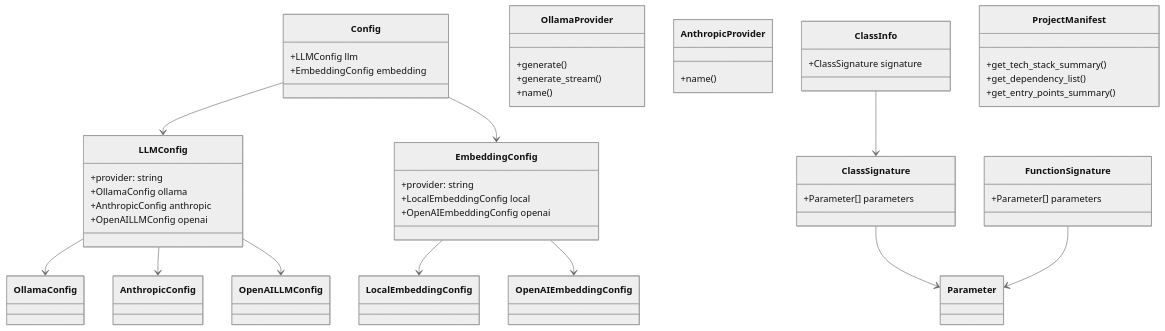
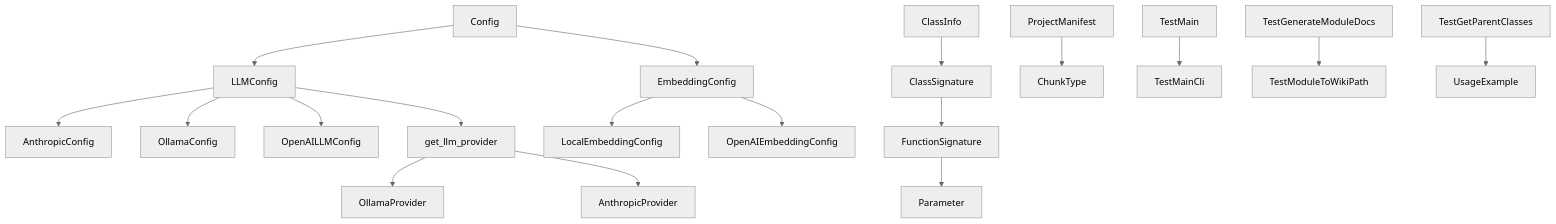
One commit to UrbanDiver/local-deepwiki-mcp changed the first of 4 diagrams in .deepwiki/architecture.md. Above: the diagram before and after it, drawn with Mermaid (neutral theme). The commit also changed other lines of this file and 48 other files, not shown here.

````diff
--- a/.deepwiki/architecture.md
+++ b/.deepwiki/architecture.md
@@ -48,59 +65,27 @@
 ```mermaid
-classDiagram
-    class Config {
-        +LLMConfig llm
-        +EmbeddingConfig embedding
-    }
-    
-    class LLMConfig {
-        +provider: string
-        +OllamaConfig ollama
-        +AnthropicConfig anthropic
-        +OpenAILLMConfig openai
-    }
-    
-    class EmbeddingConfig {
-        +provider: string
-        +LocalEmbeddingConfig local
-        +OpenAIEmbeddingConfig openai
-    }
-    
-    class OllamaProvider {
-        +generate()
-        +generate_stream()
-        +name()
-    }
-    
-    class AnthropicProvider {
-        +name()
-    }
-    
-    class ClassInfo {
-        +ClassSignature signature
-    }
-    
-    class ClassSignature {
-        +Parameter[] parameters
-    }
-    
-    class FunctionSignature {
-        +Parameter[] parameters
-    }
-    
-    class ProjectManifest {
-        +get_tech_stack_summary()
-        +get_dependency_list()
-        +get_entry_points_summary()
-    }
-    
+graph TB
     Config --> LLMConfig
     Config --> EmbeddingConfig
-    LLMConfig --> OllamaConfig
+    
     LLMConfig --> AnthropicConfig
+    LLMConfig --> OllamaConfig  
     LLMConfig --> OpenAILLMConfig
+    
     EmbeddingConfig --> LocalEmbeddingConfig
     EmbeddingConfig --> OpenAIEmbeddingConfig
+    
+    get_llm_provider --> OllamaProvider
+    get_llm_provider --> AnthropicProvider
+    
+    LLMConfig --> get_llm_provider
+    
     ClassInfo --> ClassSignature
-    ClassSignature --> Parameter
+    ClassSignature --> FunctionSignature
     FunctionSignature --> Parameter
+    
+    ProjectManifest --> ChunkType
+    
+    TestMain --> TestMainCli
+    TestGenerateModuleDocs --> TestModuleToWikiPath
+    TestGetParentClasses --> UsageExample
 ```
````
